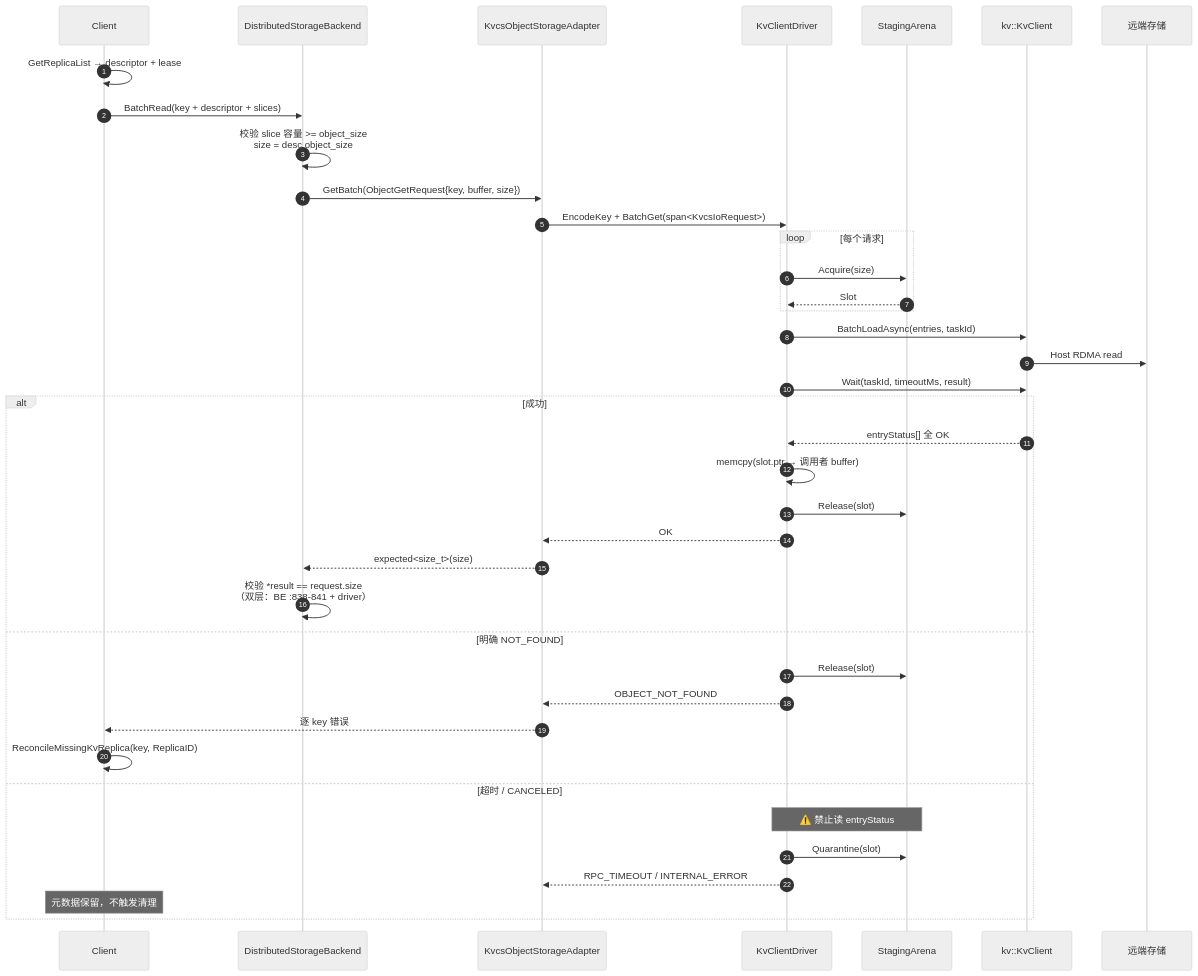
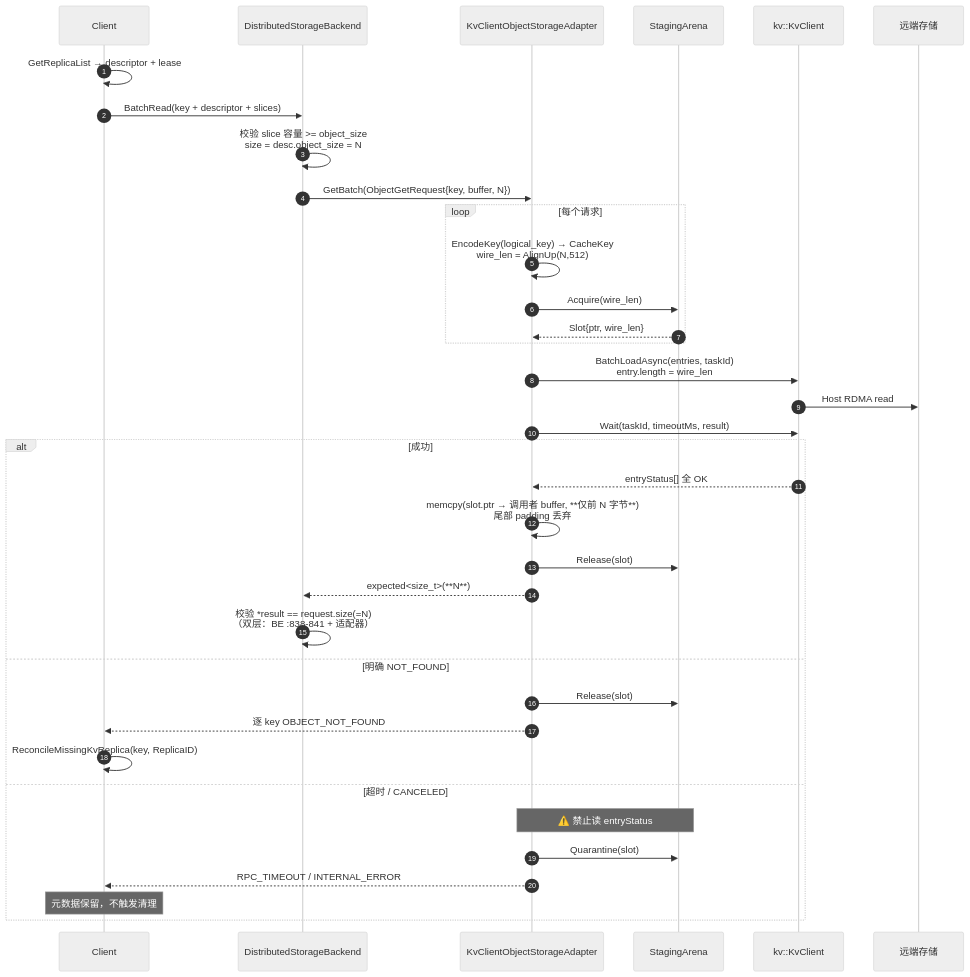
One commit to zwj20000328-dotcom/Mooncake-documents changed the tenth of 13 diagrams in Mooncake + KVClient L3 接入（Kvcs）- v3.md. Above: the diagram before and after it, drawn with Mermaid (neutral theme). The commit also changed other lines of this file, not shown here.

Commit message:
modified : Mooncake + KVClient L3 接入（Kvcs）- v3.md

````diff
--- a/Mooncake + KVClient L3 接入（Kvcs）- v3.md
+++ b/Mooncake + KVClient L3 接入（Kvcs）- v3.md
@@ -753,42 +708,39 @@
 ```mermaid
 sequenceDiagram
     autonumber
     participant C as Client
     participant BE as DistributedStorageBackend
-    participant AD as KvcsObjectStorageAdapter
-    participant DR as KvClientDriver
+    participant AD as KvClientObjectStorageAdapter
     participant AR as StagingArena
     participant SDK as kv::KvClient
     participant S as 远端存储
 
     C->>C: GetReplicaList → descriptor + lease
     C->>BE: BatchRead(key + descriptor + slices)
-    BE->>BE: 校验 slice 容量 >= object_size<br/>size = desc.object_size
-    BE->>AD: GetBatch(ObjectGetRequest{key, buffer, size})
-    AD->>DR: EncodeKey + BatchGet(span<KvcsIoRequest>)
+    BE->>BE: 校验 slice 容量 >= object_size<br/>size = desc.object_size = N
+    BE->>AD: GetBatch(ObjectGetRequest{key, buffer, N})
     loop 每个请求
-        DR->>AR: Acquire(size)
-        AR-->>DR: Slot
+        AD->>AD: EncodeKey(logical_key) → CacheKey<br/>wire_len = AlignUp(N,512)
+        AD->>AR: Acquire(wire_len)
+        AR-->>AD: Slot{ptr, wire_len}
     end
-    DR->>SDK: BatchLoadAsync(entries, taskId)
+    AD->>SDK: BatchLoadAsync(entries, taskId)<br/>entry.length = wire_len
     SDK->>S: Host RDMA read
-    DR->>SDK: Wait(taskId, timeoutMs, result)
+    AD->>SDK: Wait(taskId, timeoutMs, result)
     alt 成功
-        SDK-->>DR: entryStatus[] 全 OK
-        DR->>DR: memcpy(slot.ptr → 调用者 buffer)
-        DR->>AR: Release(slot)
-        DR-->>AD: OK
-        AD-->>BE: expected<size_t>(size)
-        BE->>BE: 校验 *result == request.size<br/>（双层：BE :838-841 + driver）
+        SDK-->>AD: entryStatus[] 全 OK
+        AD->>AD: memcpy(slot.ptr → 调用者 buffer, **仅前 N 字节**)<br/>尾部 padding 丢弃
+        AD->>AR: Release(slot)
+        AD-->>BE: expected<size_t>(**N**)
+        BE->>BE: 校验 *result == request.size(=N)<br/>（双层：BE :838-841 + 适配器）
     else 明确 NOT_FOUND
-        DR->>AR: Release(slot)
-        DR-->>AD: OBJECT_NOT_FOUND
-        AD-->>C: 逐 key 错误
+        AD->>AR: Release(slot)
+        AD-->>C: 逐 key OBJECT_NOT_FOUND
         C->>C: ReconcileMissingKvReplica(key, ReplicaID)
     else 超时 / CANCELED
-        Note over DR,AR: ⚠️ 禁止读 entryStatus
-        DR->>AR: Quarantine(slot)
-        DR-->>AD: RPC_TIMEOUT / INTERNAL_ERROR
+        Note over AD,AR: ⚠️ 禁止读 entryStatus
+        AD->>AR: Quarantine(slot)
+        AD-->>C: RPC_TIMEOUT / INTERNAL_ERROR
         Note over C: 元数据保留，不触发清理
     end
 ```
````
